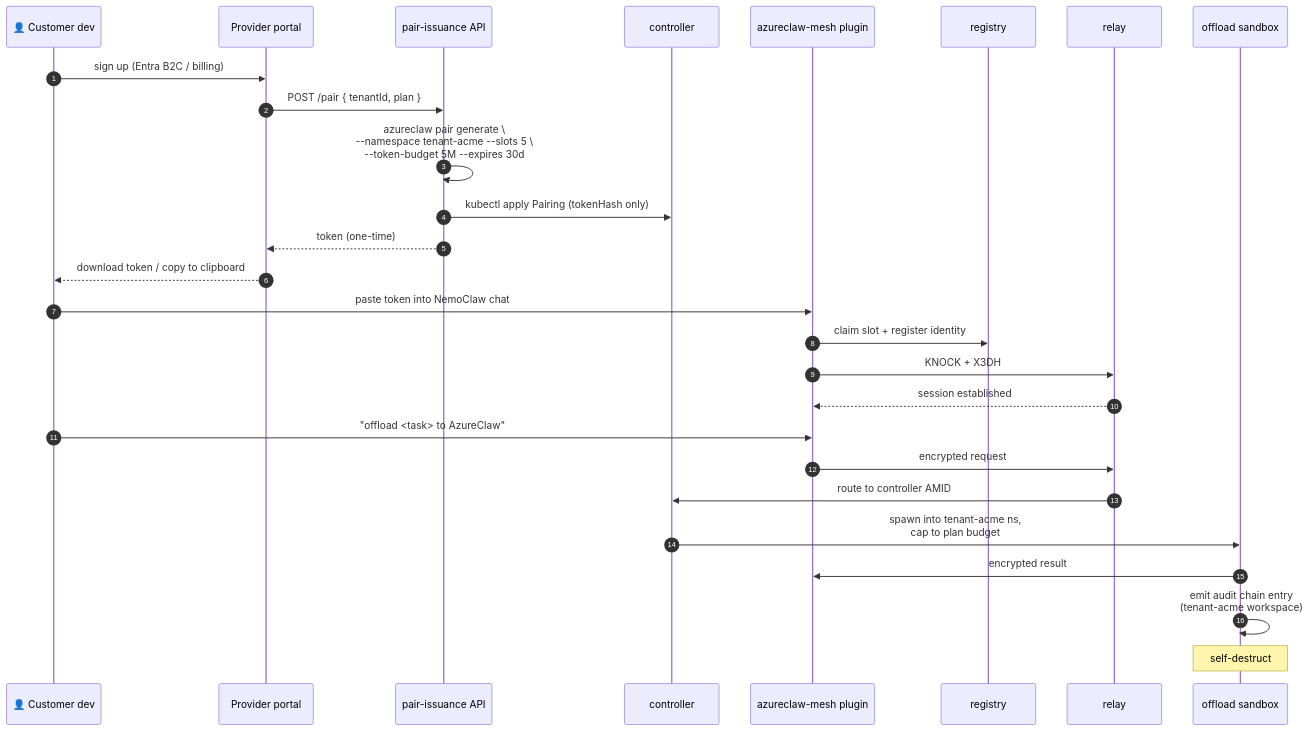
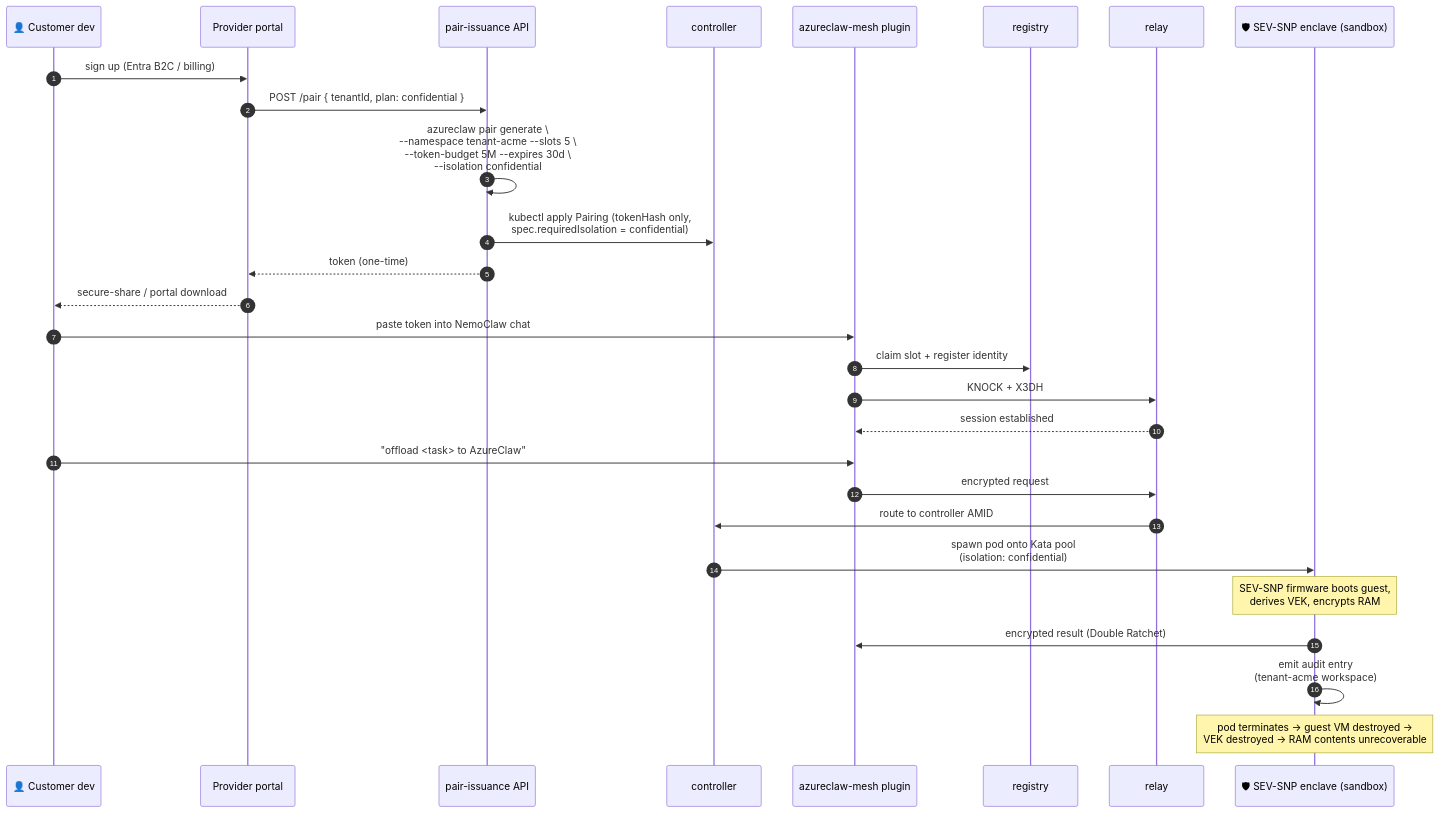
Before and after one commit to Azure/kars: the fourth of 4 diagrams in docs/blueprints/03-managed-public-offload.md, drawn with Mermaid. The commit also changed other lines of this file and 1 other file, not shown here.

````diff
--- a/docs/blueprints/03-managed-public-offload.md
+++ b/docs/blueprints/03-managed-public-offload.md
@@ -106,32 +198,33 @@
 ```mermaid
 sequenceDiagram
     autonumber
     participant Cust as 👤 Customer dev
     participant Portal as Provider portal
     participant API as pair-issuance API
     participant Ctrl as controller
     participant Plugin as azureclaw-mesh plugin
     participant Reg as registry
     participant Rly as relay
-    participant SBX as offload sandbox
+    participant Encl as 🛡 SEV-SNP enclave (sandbox)
 
     Cust->>Portal: sign up (Entra B2C / billing)
-    Portal->>API: POST /pair { tenantId, plan }
-    API->>API: azureclaw pair generate \<br/>--namespace tenant-acme --slots 5 \<br/>--token-budget 5M --expires 30d
-    API->>Ctrl: kubectl apply Pairing (tokenHash only)
+    Portal->>API: POST /pair { tenantId, plan: confidential }
+    API->>API: azureclaw pair generate \<br/>--namespace tenant-acme --slots 5 \<br/>--token-budget 5M --expires 30d \<br/>--isolation confidential
+    API->>Ctrl: kubectl apply Pairing (tokenHash only,<br/>spec.requiredIsolation = confidential)
     API-->>Portal: token (one-time)
-    Portal-->>Cust: download token / copy to clipboard
+    Portal-->>Cust: secure-share / portal download
 
     Cust->>Plugin: paste token into NemoClaw chat
     Plugin->>Reg: claim slot + register identity
     Plugin->>Rly: KNOCK + X3DH
     Rly-->>Plugin: session established
 
     Cust->>Plugin: "offload <task> to AzureClaw"
     Plugin->>Rly: encrypted request
     Rly->>Ctrl: route to controller AMID
-    Ctrl->>SBX: spawn into tenant-acme ns,<br/>cap to plan budget
-    SBX->>Plugin: encrypted result
-    SBX->>SBX: emit audit chain entry<br/>(tenant-acme workspace)
-    Note over SBX: self-destruct
+    Ctrl->>Encl: spawn pod onto Kata pool<br/>(isolation: confidential)
+    Note over Encl: SEV-SNP firmware boots guest,<br/>derives VEK, encrypts RAM
+    Encl->>Plugin: encrypted result (Double Ratchet)
+    Encl->>Encl: emit audit entry<br/>(tenant-acme workspace)
+    Note over Encl: pod terminates → guest VM destroyed →<br/>VEK destroyed → RAM contents unrecoverable
 ```
````
